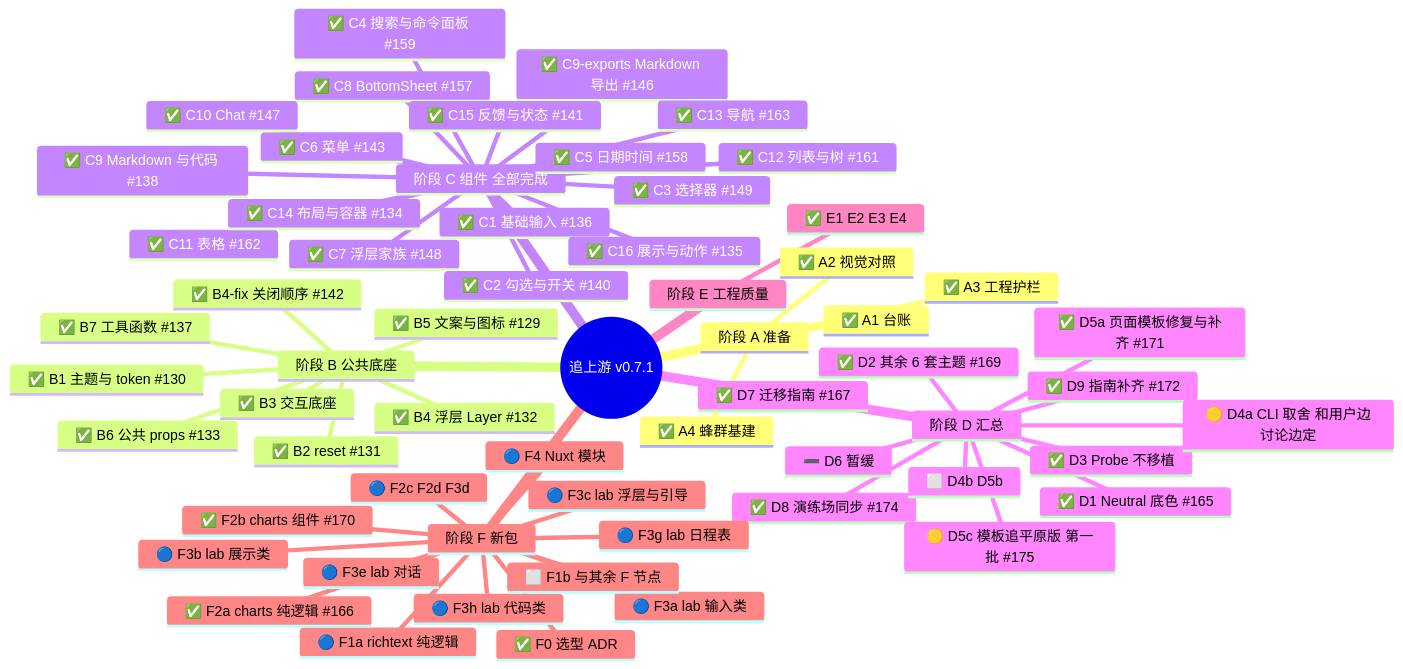
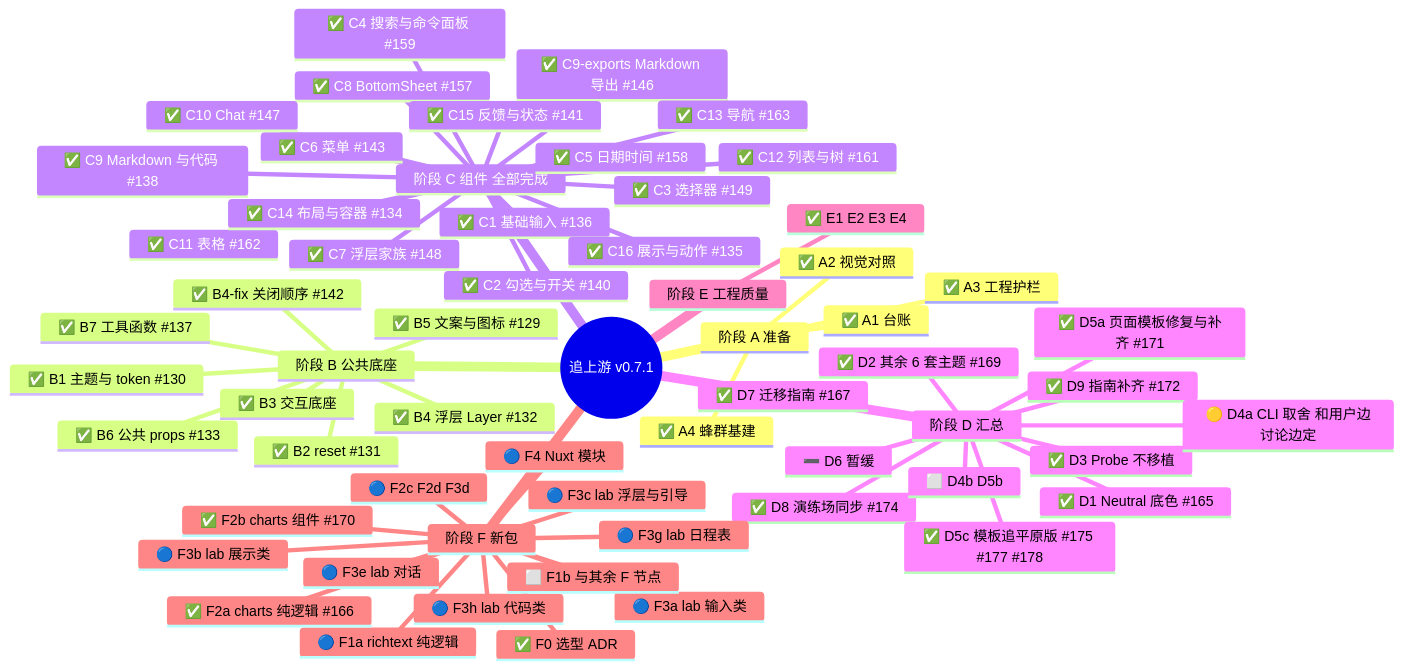
The diagram in .agents-work/upstream-sync-0.7.1/PR128-BODY.md (astryx-vue/astryx-vue), drawn with Mermaid before and after one commit. The commit also changed other lines of this file and 4 other files, not shown here.

````diff
--- a/.agents-work/upstream-sync-0.7.1/PR128-BODY.md
+++ b/.agents-work/upstream-sync-0.7.1/PR128-BODY.md
@@ -19,64 +19,64 @@
 ```mermaid
 mindmap
   root((追上游 v0.7.1))
     阶段 A 准备
       ✅ A1 台账
       ✅ A2 视觉对照
       ✅ A3 工程护栏
       ✅ A4 蜂群基建
     阶段 B 公共底座
       ✅ B1 主题与 token #130
       ✅ B2 reset #131
       ✅ B3 交互底座
       ✅ B4 浮层 Layer #132
       ✅ B4-fix 关闭顺序 #142
       ✅ B5 文案与图标 #129
       ✅ B6 公共 props #133
       ✅ B7 工具函数 #137
     阶段 C 组件 全部完成
       ✅ C1 基础输入 #136
       ✅ C2 勾选与开关 #140
       ✅ C3 选择器 #149
       ✅ C4 搜索与命令面板 #159
       ✅ C5 日期时间 #158
       ✅ C6 菜单 #143
       ✅ C7 浮层家族 #148
       ✅ C8 BottomSheet #157
       ✅ C9 Markdown 与代码 #138
       ✅ C9-exports Markdown 导出 #146
       ✅ C10 Chat #147
       ✅ C11 表格 #162
       ✅ C12 列表与树 #161
       ✅ C13 导航 #163
       ✅ C14 布局与容器 #134
       ✅ C15 反馈与状态 #141
       ✅ C16 展示与动作 #135
     阶段 D 汇总
       ✅ D1 Neutral 底色 #165
       ✅ D2 其余 6 套主题 #169
       ✅ D3 Probe 不移植
       ✅ D5a 页面模板修复与补齐 #171
       ✅ D7 迁移指南 #167
       ✅ D9 指南补齐 #172
       🟡 D4a CLI 取舍 和用户边讨论边定
       ✅ D8 演练场同步 #174
-      🟡 D5c 模板追平原版 第一批 #175
+      ✅ D5c 模板追平原版 #175 #177 #178
       ➖ D6 暂缓
       ⬜ D4b D5b
     阶段 E 工程质量
       ✅ E1 E2 E3 E4
     阶段 F 新包
       ✅ F0 选型 ADR
       🔵 F1a richtext 纯逻辑
       ✅ F2a charts 纯逻辑 #166
       ✅ F2b charts 组件 #170
       🔵 F3a lab 输入类
       🔵 F3b lab 展示类
       🔵 F3c lab 浮层与引导
       🔵 F3e lab 对话
       🔵 F3g lab 日程表
       🔵 F3h lab 代码类
       🔵 F4 Nuxt 模块
       🔵 F2c F2d F3d
       ⬜ F1b 与其余 F 节点
 ```
````
